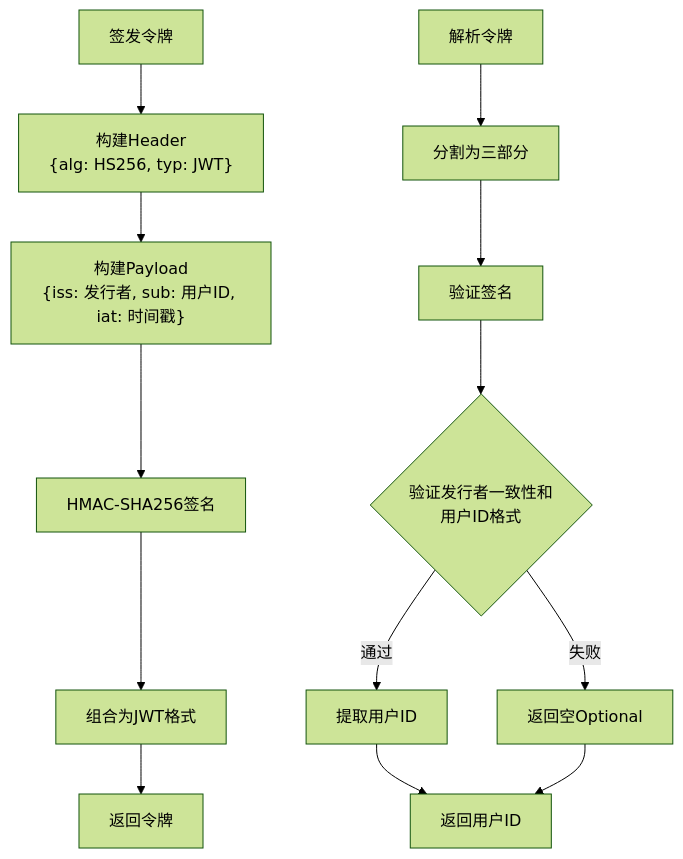
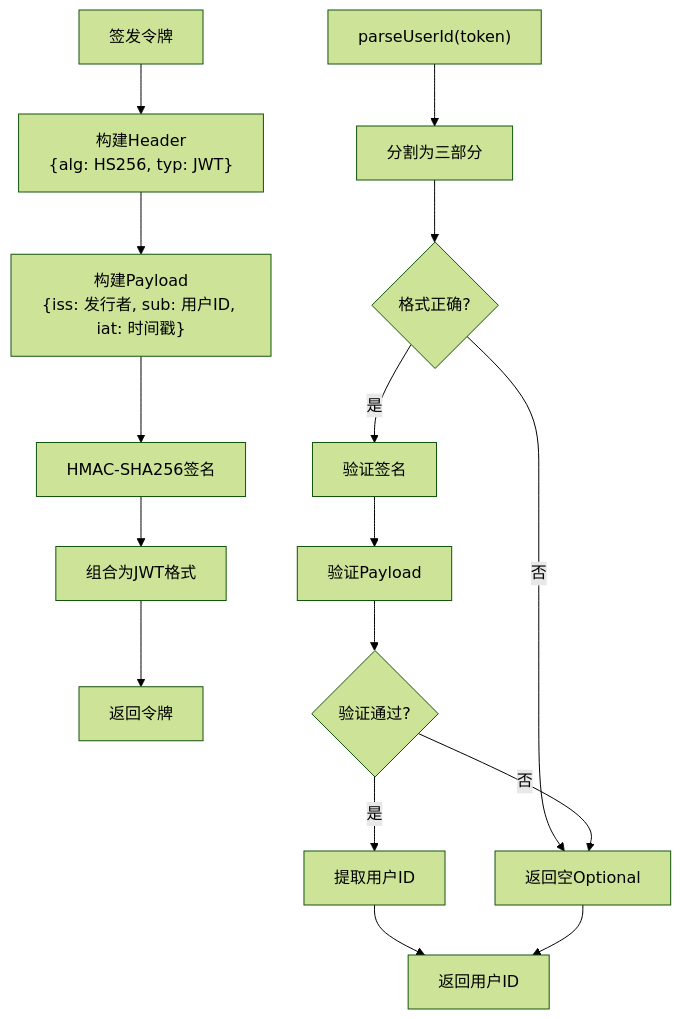
One commit to Jayden23018/blind-run-ios changed the fourth of 11 diagrams in .qoder/repowiki/zh/content/核心功能模块/认证系统.md. Above: the diagram before and after it, drawn with Mermaid (forest theme). The commit also changed other lines of this file and 21 other files, not shown here.

````diff
--- a/.qoder/repowiki/zh/content/核心功能模块/认证系统.md
+++ b/.qoder/repowiki/zh/content/核心功能模块/认证系统.md
@@ -228,15 +225,18 @@
 ```mermaid
 flowchart TD
 Issue["签发令牌"] --> BuildHeader["构建Header<br/>{alg: HS256, typ: JWT}"]
 BuildHeader --> BuildPayload["构建Payload<br/>{iss: 发行者, sub: 用户ID, iat: 时间戳}"]
 BuildPayload --> Sign["HMAC-SHA256签名"]
 Sign --> Combine["组合为JWT格式"]
 Combine --> Token["返回令牌"]
-Parse["解析令牌"] --> Split["分割为三部分"]
-Split --> VerifySignature["验证签名"]
-VerifySignature --> VerifyIssuer{"验证发行者一致性和<br/>用户ID格式"}
-VerifyIssuer --> |通过| Extract["提取用户ID"]
-VerifyIssuer --> |失败| Empty["返回空Optional"]
-Extract --> Result["返回用户ID"]
-Empty --> Result
+ParseStart["parseUserId(token)"] --> Split["分割为三部分"]
+Split --> CheckFormat{"格式正确?"}
+CheckFormat --> |否| Empty["返回空Optional"]
+CheckFormat --> |是| VerifySignature["验证签名"]
+VerifySignature --> VerifyPayload["验证Payload"]
+VerifyPayload --> Valid{"验证通过?"}
+Valid --> |是| Extract["提取用户ID"]
+Valid --> |否| Empty
+Extract --> ReturnId["返回用户ID"]
+Empty --> ReturnId
 ```
````
